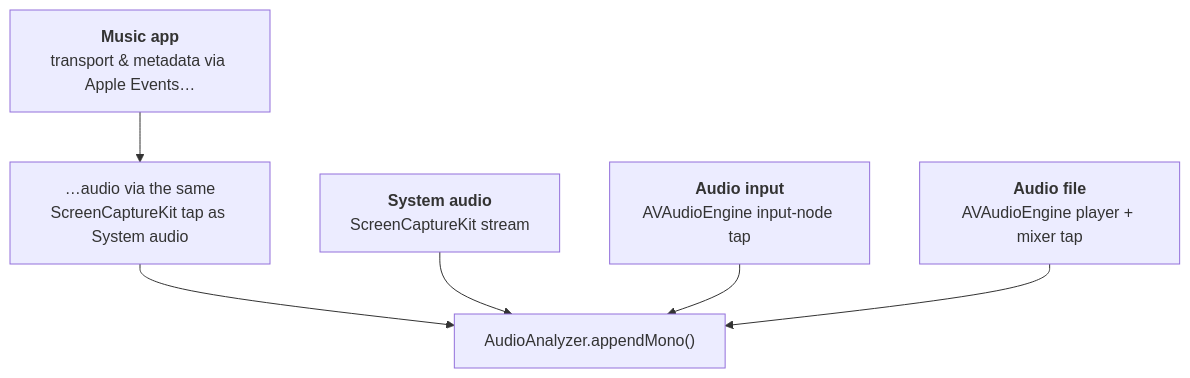
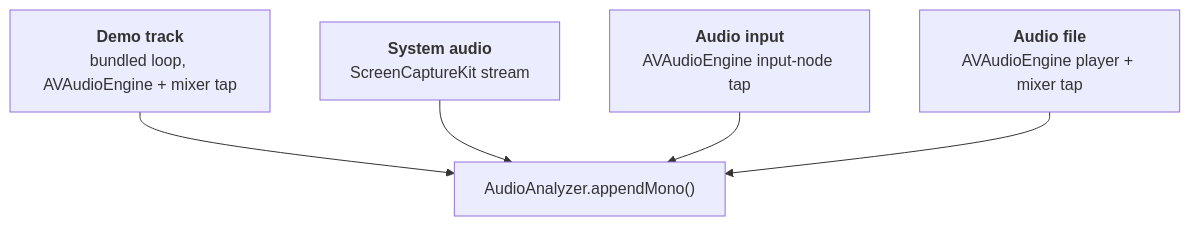
One commit to jonjaques/synesthia changed the first of 3 diagrams in docs/audio-pipeline.md. Above: the diagram before and after it, drawn with Mermaid. The commit also changed other lines of this file and 78 other files, not shown here.

````diff
--- a/docs/audio-pipeline.md
+++ b/docs/audio-pipeline.md
@@ -28,14 +28,13 @@
 ```mermaid
 flowchart TD
-    MUSIC["<b>Music app</b><br>transport & metadata via Apple Events…"]
+    DEMO["<b>Demo track</b><br>bundled loop, AVAudioEngine + mixer tap"]
     SYS["<b>System audio</b><br>ScreenCaptureKit stream"]
     INPUT["<b>Audio input</b><br>AVAudioEngine input-node tap"]
     FILEP["<b>Audio file</b><br>AVAudioEngine player + mixer tap"]
-    TAP["…audio via the same<br>ScreenCaptureKit tap as System audio"]
     AN["AudioAnalyzer.appendMono()"]
 
-    MUSIC --> TAP --> AN
+    DEMO --> AN
     SYS --> AN
     INPUT --> AN
     FILEP --> AN
 ```
````
